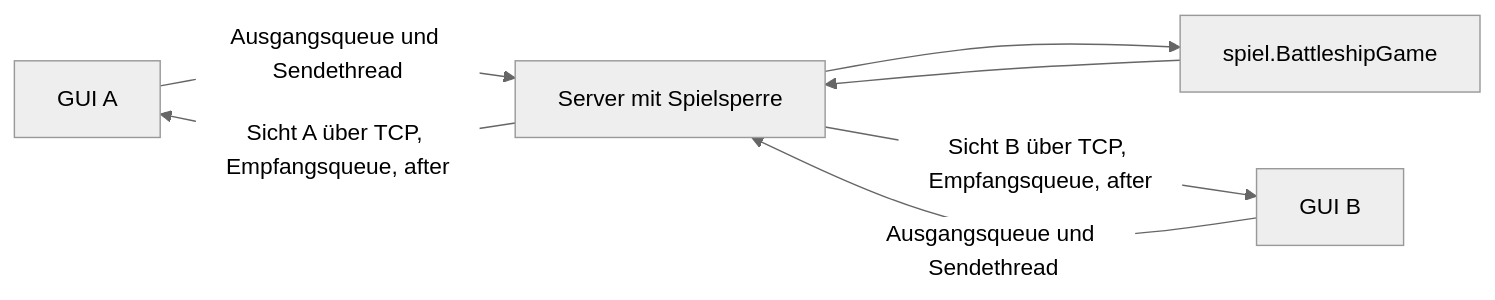
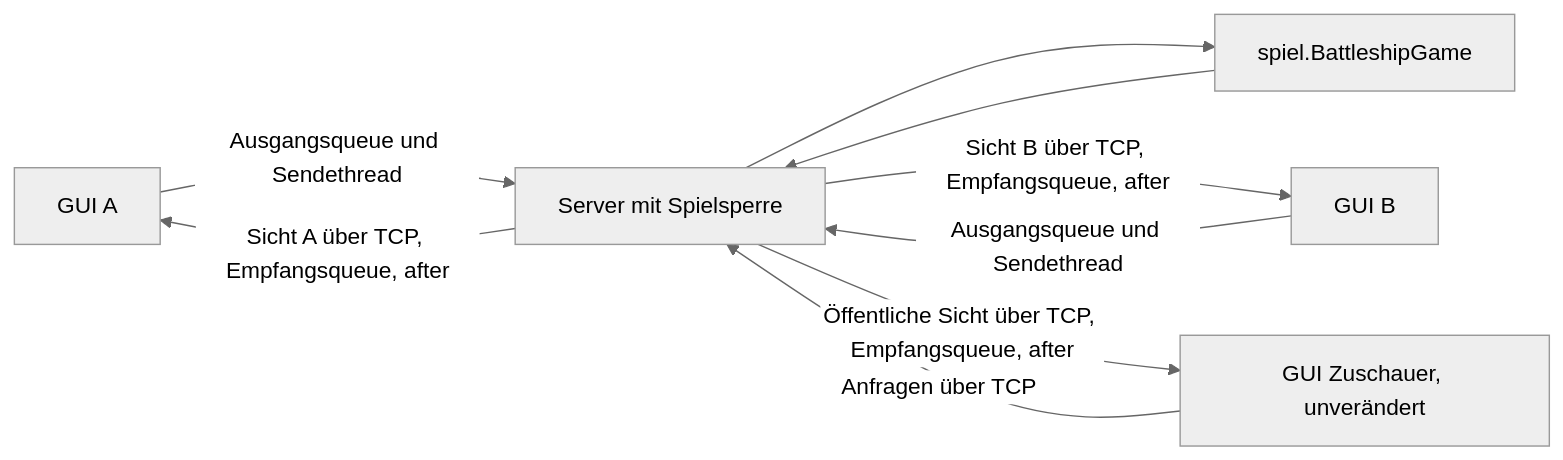
Before and after one commit to SUDOGODMODE/Game_Project_Programming3: the diagram in docs/development/architecture.md, drawn with Mermaid (neutral theme). The commit also changed other lines of this file and 33 other files, not shown here.

````diff
--- a/docs/development/architecture.md
+++ b/docs/development/architecture.md
@@ -7,9 +7,11 @@
 ```mermaid
 flowchart LR
     A[GUI A] -->|Ausgangsqueue und Sendethread| S[Server mit Spielsperre]
     B[GUI B] -->|Ausgangsqueue und Sendethread| S
+    Z[GUI Zuschauer, unverändert] -->|Anfragen über TCP| S
     S --> K[spiel.BattleshipGame]
     K --> S
     S -->|Sicht A über TCP, Empfangsqueue, after| A
     S -->|Sicht B über TCP, Empfangsqueue, after| B
+    S -->|Öffentliche Sicht über TCP, Empfangsqueue, after| Z
 ```
````
